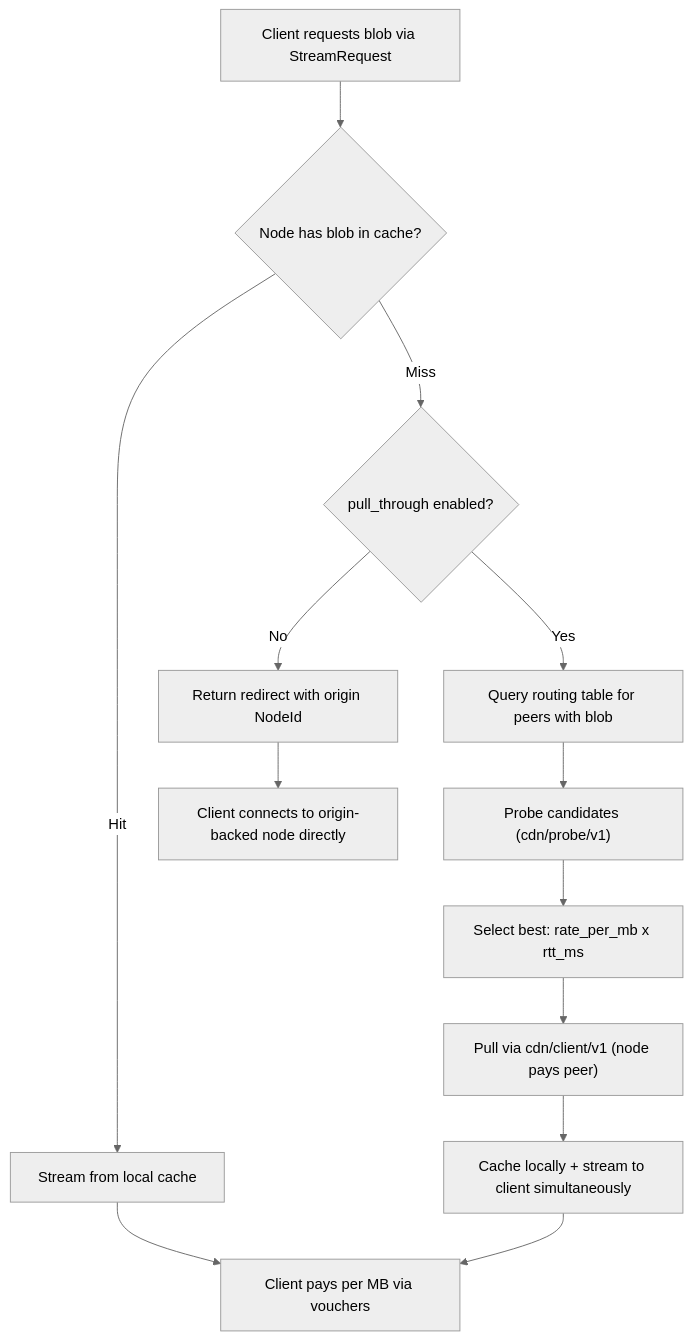
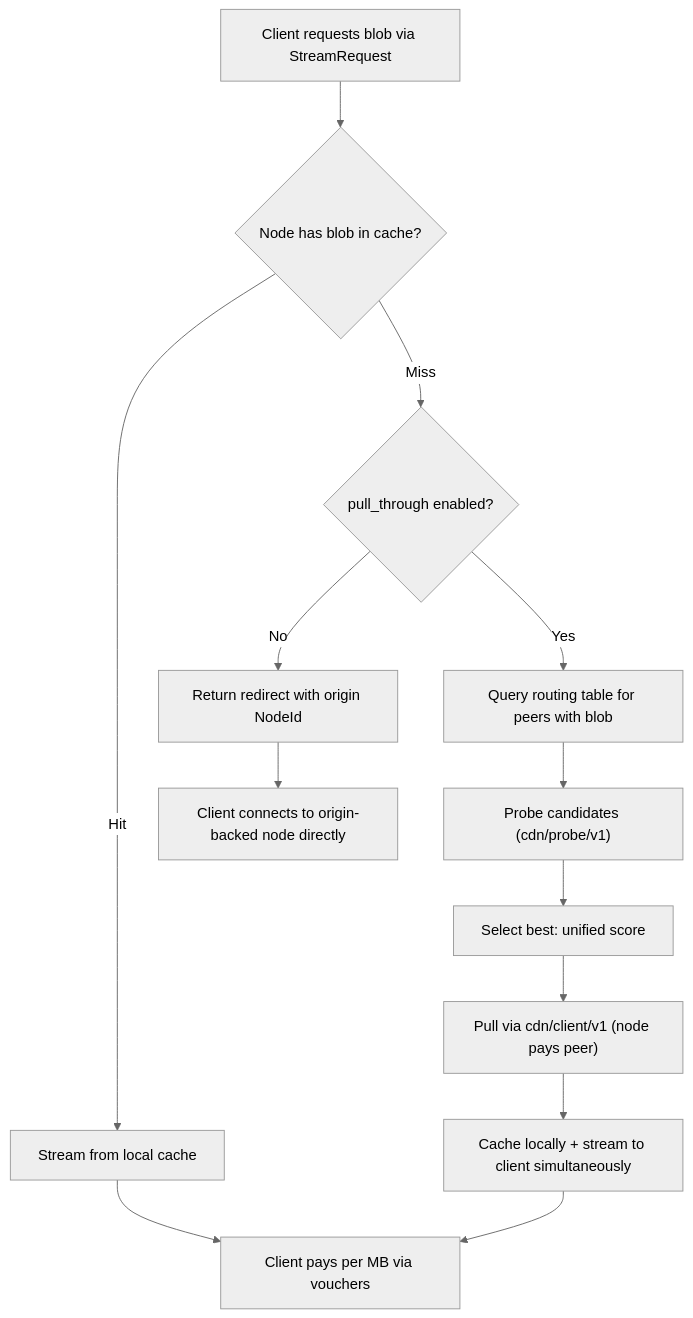
Before and after one commit to decdn/decdn: the second of 3 diagrams in adr/architecture.md, drawn with Mermaid (neutral theme). The commit also changed other lines of this file and 2 other files, not shown here.

First line of the commit message:
docs: cross-ADR analysis and architecture sync (#17, #11, #45, #15)

````diff
--- a/adr/architecture.md
+++ b/adr/architecture.md
@@ -228,17 +267,17 @@
 ```mermaid
 flowchart TD
     A[Client requests blob via StreamRequest] --> B{Node has blob in cache?}
     B -->|Hit| C[Stream from local cache]
     C --> D[Client pays per MB via vouchers]
 
     B -->|Miss| E{pull_through enabled?}
     E -->|Yes| F[Query routing table for peers with blob]
     F --> G["Probe candidates (cdn/probe/v1)"]
-    G --> H["Select best: rate_per_mb x rtt_ms"]
+    G --> H["Select best: unified score"]
     H --> I["Pull via cdn/client/v1 (node pays peer)"]
     I --> J[Cache locally + stream to client simultaneously]
     J --> D
 
     E -->|No| K[Return redirect with origin NodeId]
     K --> L[Client connects to origin-backed node directly]
 ```
````
